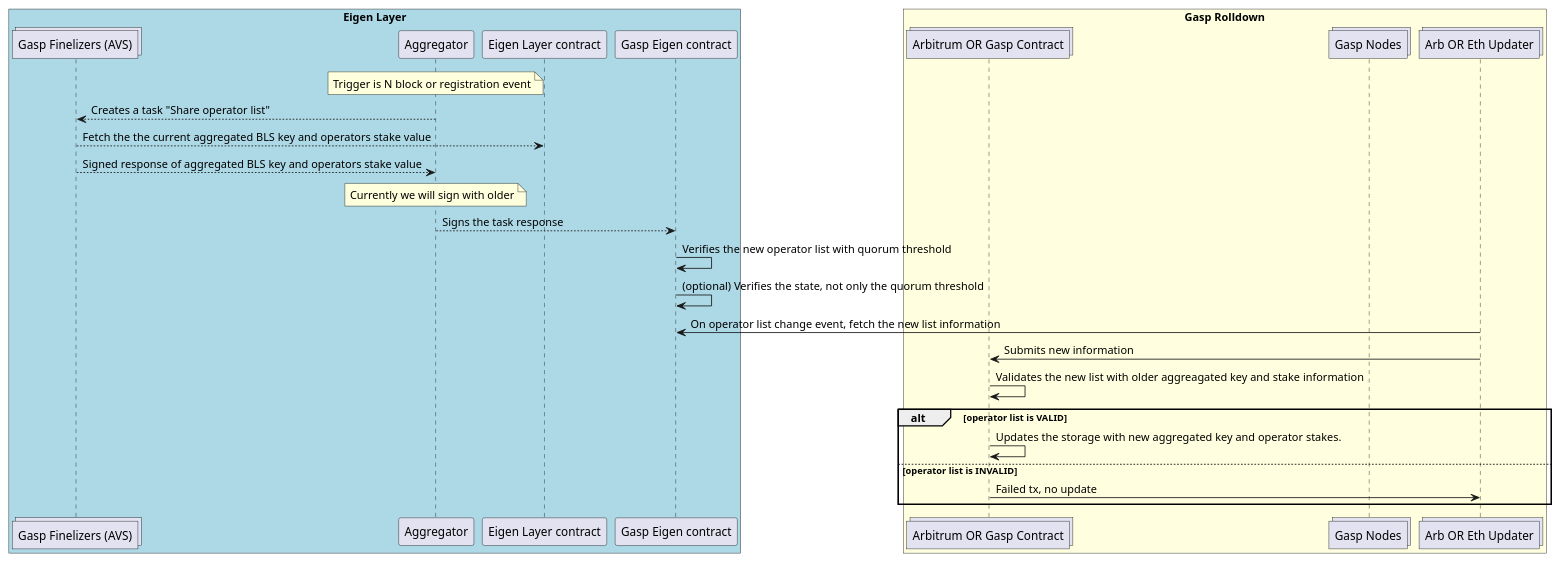
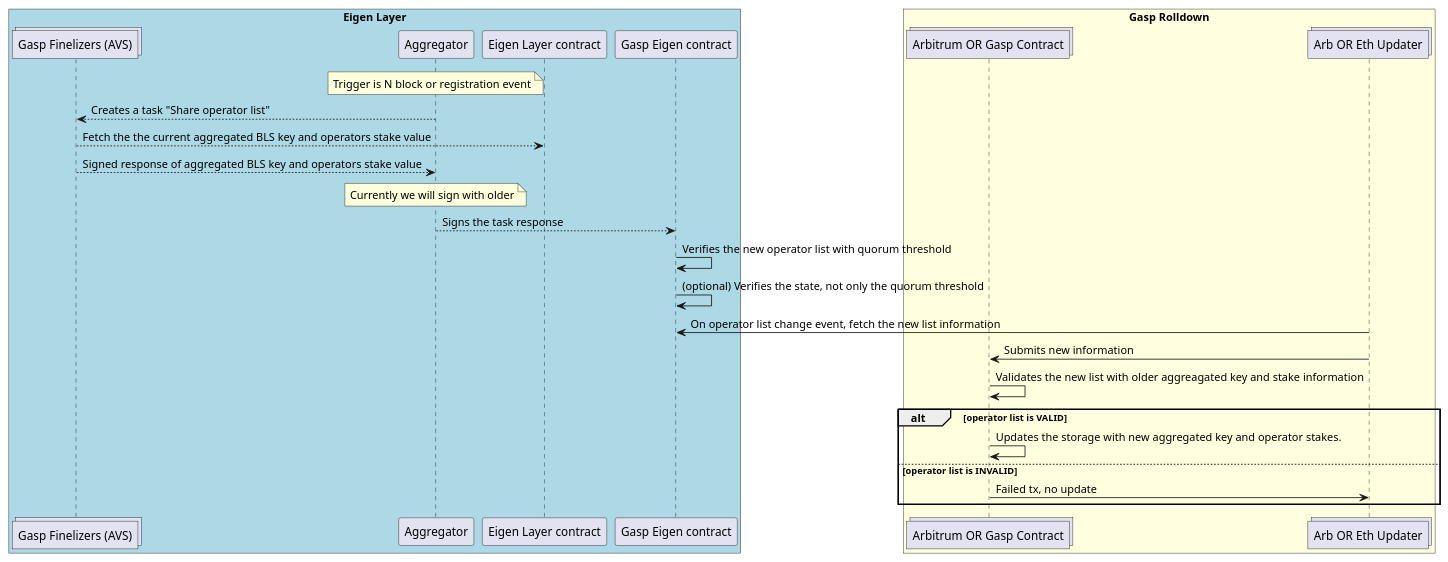
The second of 5 diagrams in README.md (mangata-finance/diagrams), drawn with PlantUML before and after one commit.

Commit message:
Fix seq. diafram box.

````diff
--- a/README.md
+++ b/README.md
@@ -178,40 +178,39 @@
 ```plantuml:operators-list-sharing
 
 @startuml
 
 box "Eigen Layer" #LightBlue
 collections       "Gasp Finelizers (AVS)"       as operator
 participant       "Aggregator"       as aggregator
 participant       "Eigen Layer contract"       as eigencontract
 participant       "Gasp Eigen contract"       as gaspeigencontract
 end box
 
 box "Gasp Rolldown" #LightYellow
 collections       "Arbitrum OR Gasp Contract"       as arbcontr
-collections       "Gasp Nodes"       as collator
 collections       "Arb OR Eth Updater"       as updater
 end box
 
 note over aggregator
   Trigger is N block or registration event
 end note
 aggregator --> operator: Creates a task "Share operator list" 
 operator --> eigencontract: Fetch the the current aggregated BLS key and operators stake value
 operator --> aggregator: Signed response of aggregated BLS key and operators stake value
 note over aggregator
   Currently we will sign with older
 end note
 aggregator --> gaspeigencontract: Signs the task response
 gaspeigencontract -> gaspeigencontract: Verifies the new operator list with quorum threshold
 gaspeigencontract -> gaspeigencontract: (optional) Verifies the state, not only the quorum threshold
 updater -> gaspeigencontract: On operator list change event, fetch the new list information
 updater -> arbcontr: Submits new information 
 arbcontr -> arbcontr: Validates the new list with older aggreagated key and stake information
 alt operator list is VALID
   arbcontr -> arbcontr: Updates the storage with new aggregated key and operator stakes.
 else operator list is INVALID
   arbcontr -> updater: Failed tx, no update
 end
 
 @enduml
 ```
````
